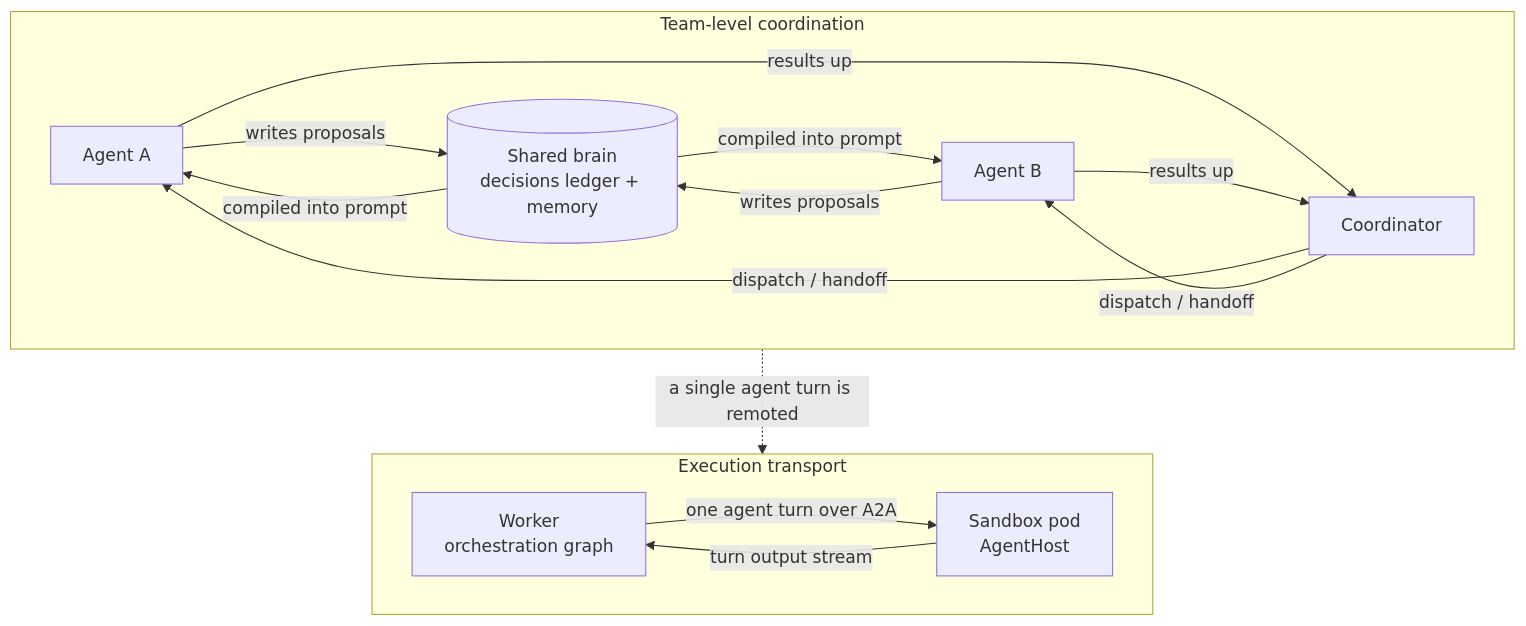
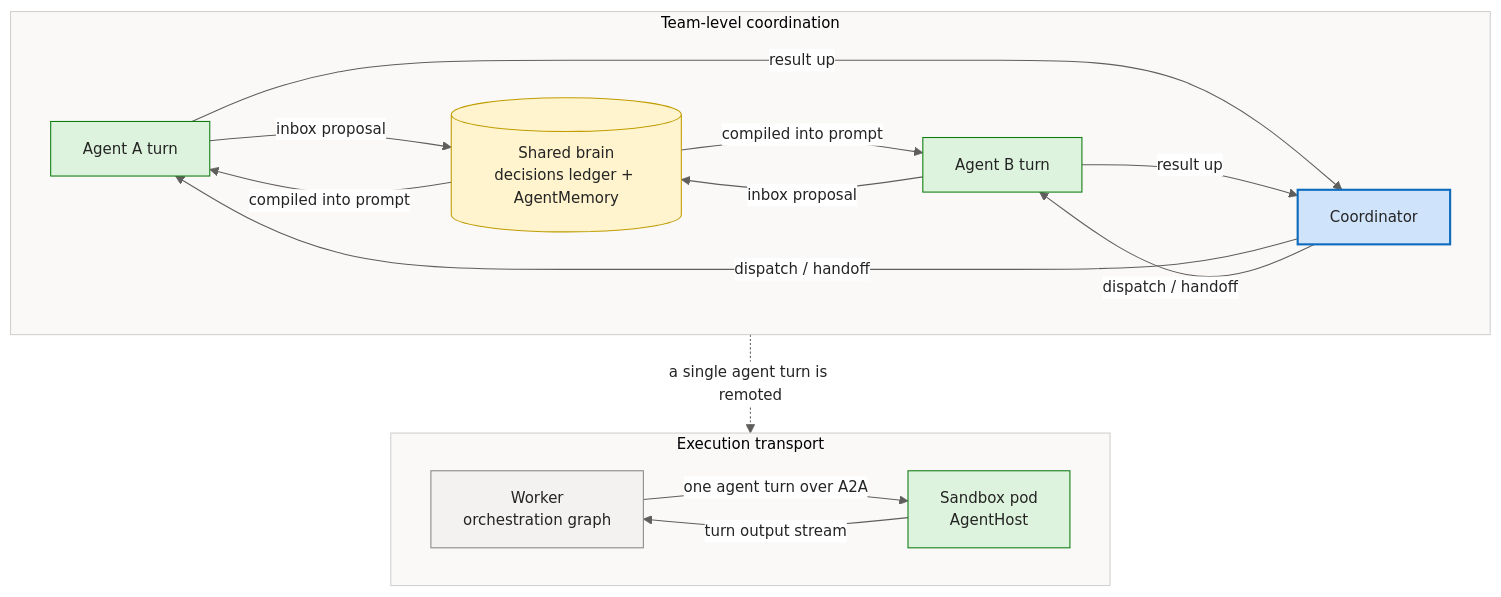
One commit to sabbour/agentweaver changed the first of 5 diagrams in docs/deep-dive/agent-communication.md. Above: the diagram before and after it, drawn with Mermaid. The commit also changed other lines of this file and 13 other files, not shown here.

````diff
--- a/docs/deep-dive/agent-communication.md
+++ b/docs/deep-dive/agent-communication.md
@@ -24,20 +24,41 @@
 ```mermaid
+%%{init: {'theme':'base','themeVariables':{'fontFamily':'Segoe UI, system-ui, -apple-system, sans-serif','fontSize':'14px','primaryColor':'#E8EEF9','primaryBorderColor':'#0F6CBD','primaryTextColor':'#242424','lineColor':'#605E5C','clusterBkg':'#FAF9F8','clusterBorder':'#D2D0CE','edgeLabelBackground':'#FFFFFF'}}}%%
 flowchart TB
-    subgraph TEAM[Team-level coordination]
+    subgraph TEAM["Team-level coordination"]
         direction LR
-        A[Agent A] -- writes proposals --> L[(Shared brain\ndecisions ledger + memory)]
-        B[Agent B] -- writes proposals --> L
-        L -- compiled into prompt --> A
-        L -- compiled into prompt --> B
-        C[Coordinator] -- dispatch / handoff --> A
-        C -- dispatch / handoff --> B
-        A -- results up --> C
-        B -- results up --> C
+        A["Agent A turn"]
+        B["Agent B turn"]
+        L[("Shared brain<br/>decisions ledger + AgentMemory")]
+        C["Coordinator"]
+        A -- "inbox proposal" --> L
+        B -- "inbox proposal" --> L
+        L -- "compiled into prompt" --> A
+        L -- "compiled into prompt" --> B
+        C -- "dispatch / handoff" --> A
+        C -- "dispatch / handoff" --> B
+        A -- "result up" --> C
+        B -- "result up" --> C
     end
-    subgraph EXEC[Execution transport]
+    subgraph EXEC["Execution transport"]
         direction LR
-        W[Worker\norchestration graph] -- one agent turn over A2A --> P[Sandbox pod\nAgentHost]
-        P -- turn output stream --> W
+        W["Worker<br/>orchestration graph"]
+        P["Sandbox pod<br/>AgentHost"]
+        W -- "one agent turn over A2A" --> P
+        P -- "turn output stream" --> W
     end
-    TEAM -. a single agent turn is remoted .-> EXEC
+    TEAM -. "a single agent turn is remoted" .-> EXEC
+
+    classDef client fill:#E8EEF9,stroke:#0F6CBD,stroke-width:1px,color:#242424;
+    classDef svc fill:#F3F2F1,stroke:#8A8886,stroke-width:1px,color:#242424;
+    classDef core fill:#CFE4FA,stroke:#0F6CBD,stroke-width:2px,color:#242424;
+    classDef data fill:#FFF4CE,stroke:#C19C00,stroke-width:1px,color:#242424;
+    classDef ext fill:#F0E8F8,stroke:#8764B8,stroke-width:1px,color:#242424;
+    classDef runtime fill:#DDF3DD,stroke:#107C10,stroke-width:1px,color:#242424;
+    classDef evt fill:#D6F0F0,stroke:#038387,stroke-width:1px,color:#242424;
+    class A runtime;
+    class B runtime;
+    class L data;
+    class C core;
+    class W svc;
+    class P runtime;
 ```
````
